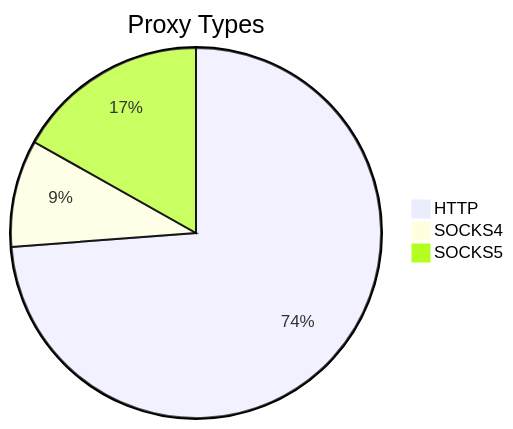
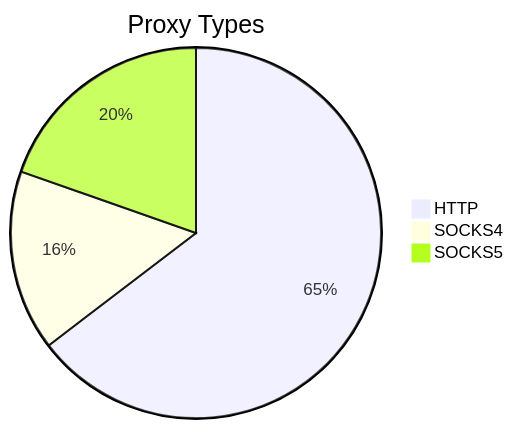
One commit to stormsia/proxy-list changed the first of 2 diagrams in README.md. Above: the diagram before and after it, drawn with Mermaid. The commit also changed other lines of this file, not shown here.

````diff
--- a/README.md
+++ b/README.md
@@ -21,6 +21,6 @@
 ```mermaid
 pie title Proxy Types
-    "HTTP" : 355
-    "SOCKS4" : 45
-    "SOCKS5" : 81
+    "HTTP" : 484
+    "SOCKS4" : 118
+    "SOCKS5" : 147
 ```
````
